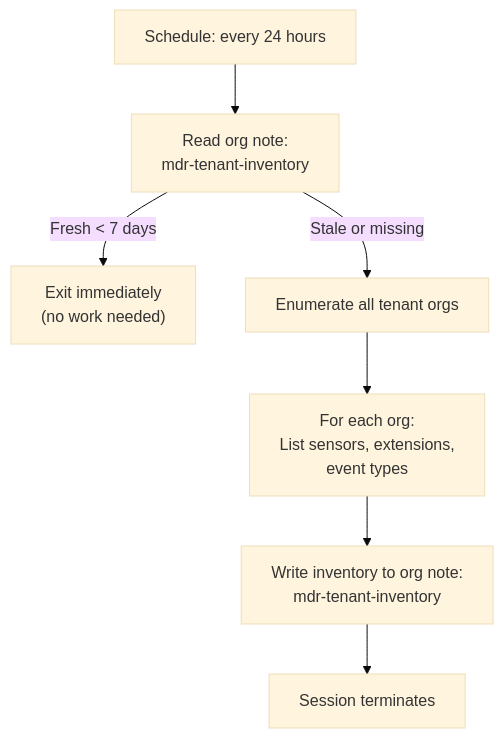
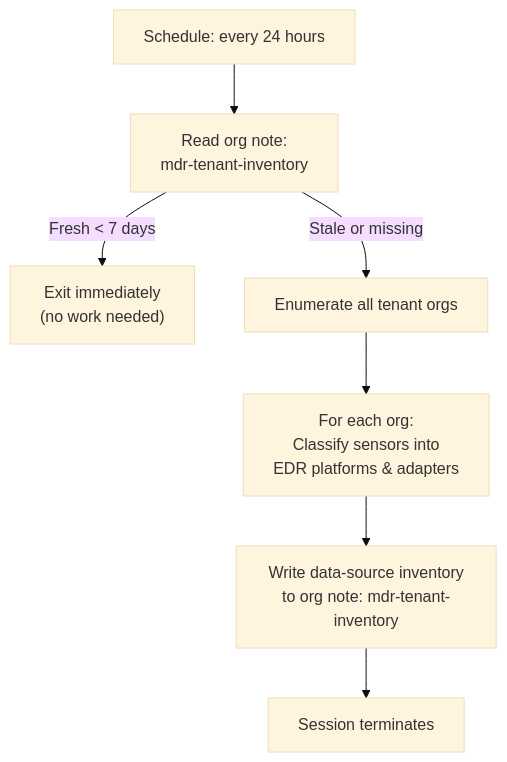
Before and after one commit to refractionPOINT/lc-ai: the diagram in ai-teams/mdr-hunting-pipeline-team/tenant-profiler/README.md, drawn with Mermaid (base theme). The commit also changed other lines of this file and 1 other file, not shown here.

First line of the commit message:
Refocus tenant-profiler on data source presence for intel filtering

````diff
--- a/ai-teams/mdr-hunting-pipeline-team/tenant-profiler/README.md
+++ b/ai-teams/mdr-hunting-pipeline-team/tenant-profiler/README.md
@@ -7,9 +7,9 @@
 ```mermaid
 flowchart TD
     trigger["Schedule: every 24 hours"] --> check["Read org note:<br/>mdr-tenant-inventory"]
     check -->|Fresh < 7 days| skip["Exit immediately<br/>(no work needed)"]
     check -->|Stale or missing| enumerate["Enumerate all tenant orgs"]
-    enumerate --> profile["For each org:<br/>List sensors, extensions,<br/>event types"]
-    profile --> write["Write inventory to org note:<br/>mdr-tenant-inventory"]
+    enumerate --> profile["For each org:<br/>Classify sensors into<br/>EDR platforms & adapters"]
+    profile --> write["Write data-source inventory<br/>to org note: mdr-tenant-inventory"]
     write --> done["Session terminates"]
 ```
````
